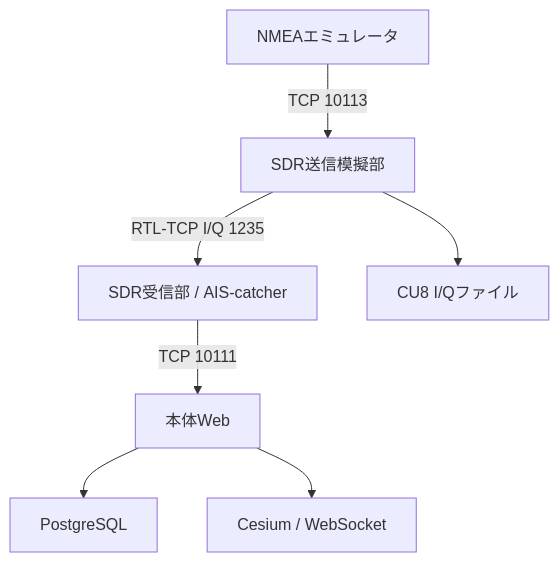
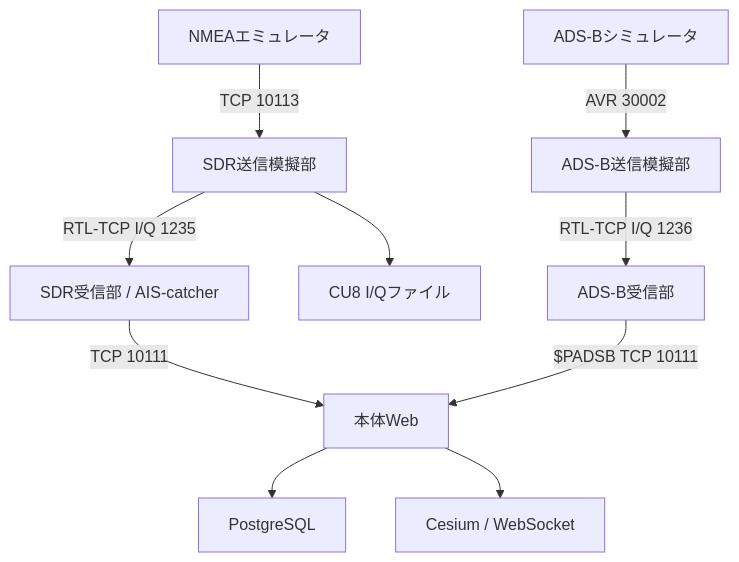
Before and after one commit to UeEmon/eNMEA2000: the diagram in docs/HANDOVER.md, drawn with Mermaid. The commit also changed other lines of this file and 7 other files, not shown here.

````diff
--- a/docs/HANDOVER.md
+++ b/docs/HANDOVER.md
@@ -36,9 +37,12 @@
 ```mermaid
 flowchart TD
  E["NMEAエミュレータ"] -->|TCP 10113| T["SDR送信模擬部"]
  T -->|RTL-TCP I/Q 1235| R["SDR受信部 / AIS-catcher"]
  R -->|TCP 10111| A["本体Web"]
  A --> D["PostgreSQL"]
  A --> G["Cesium / WebSocket"]
  T --> F["CU8 I/Qファイル"]
+ S["ADS-Bシミュレータ"] -->|AVR 30002| U["ADS-B送信模擬部"]
+ U -->|RTL-TCP I/Q 1236| V["ADS-B受信部"]
+ V -->|$PADSB TCP 10111| A
 ```
````
